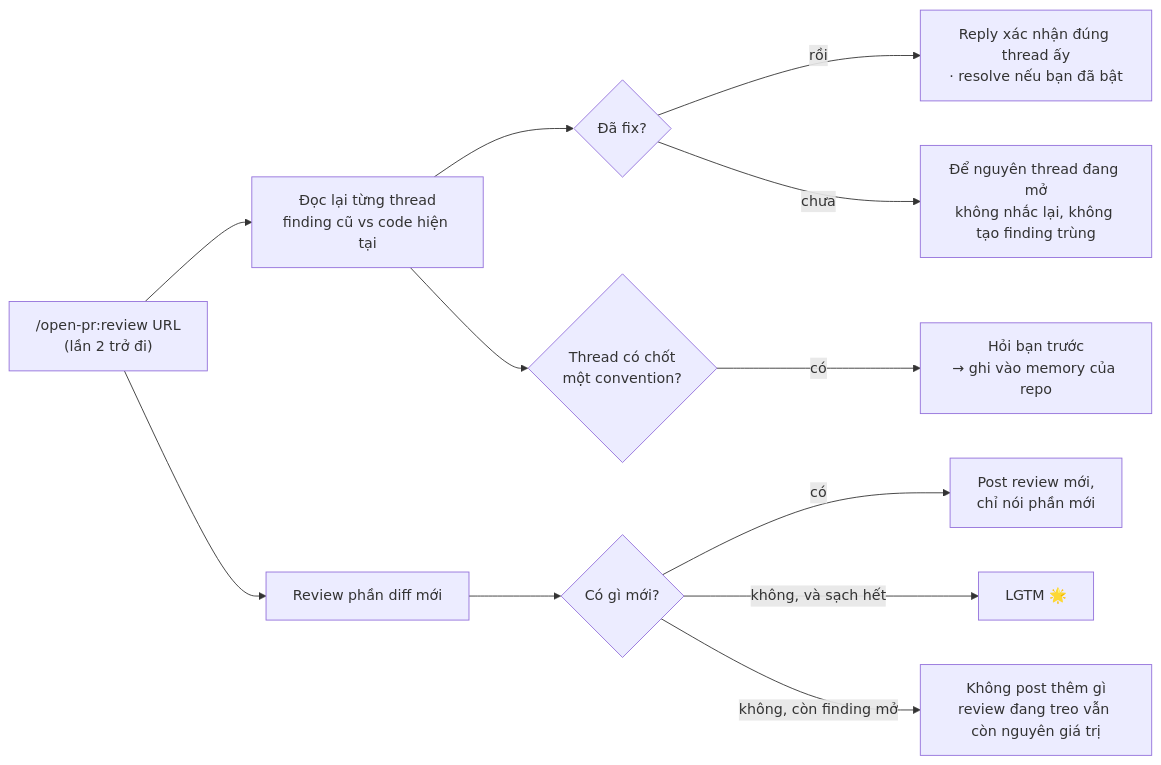
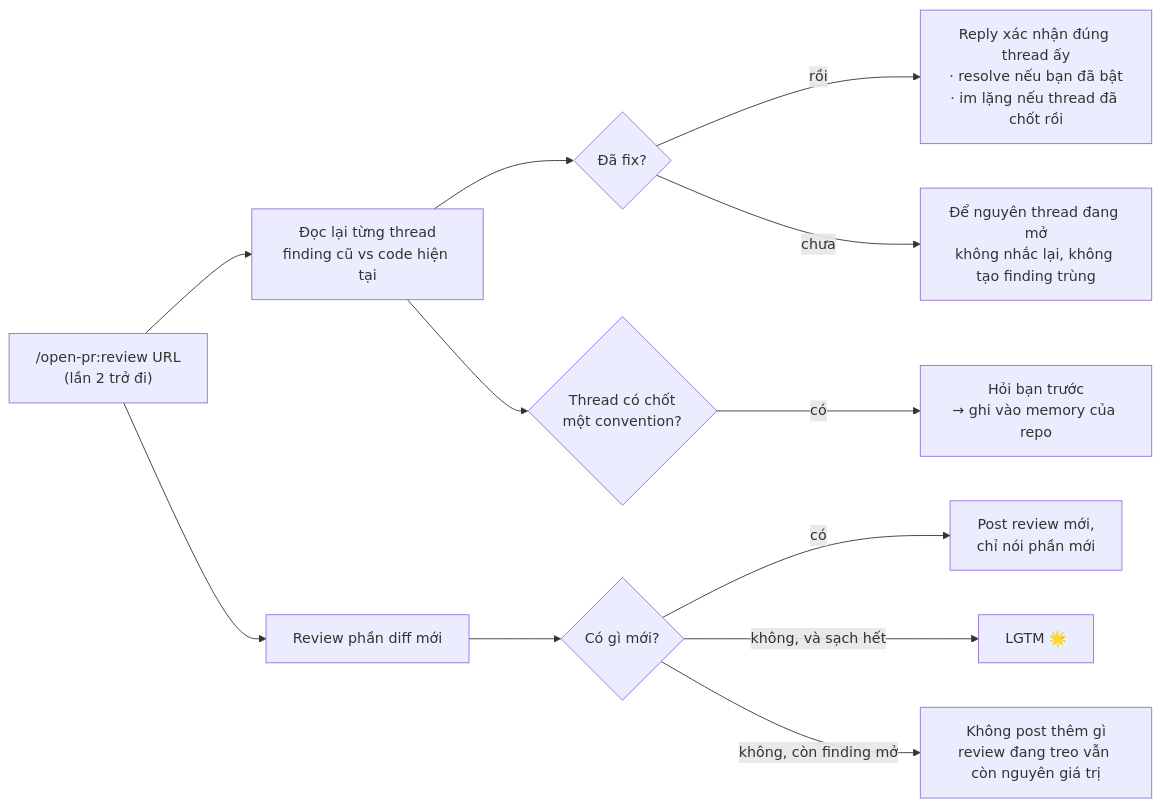
One commit to TOMOSIA-VIETNAM/open-pr changed the first of 2 diagrams in docs/vi-VN/how-it-works.md. Above: the diagram before and after it, drawn with Mermaid. The commit also changed 3 other files, not shown here.

````diff
--- a/docs/vi-VN/how-it-works.md
+++ b/docs/vi-VN/how-it-works.md
@@ -13,14 +13,14 @@
 ```mermaid
 flowchart LR
   A["/open-pr:review URL<br/>(lần 2 trở đi)"] --> B[Đọc lại từng thread<br/>finding cũ vs code hiện tại]
   B --> C{Đã fix?}
-  C -- rồi --> D["Reply xác nhận đúng thread ấy<br/>· resolve nếu bạn đã bật"]
+  C -- rồi --> D["Reply xác nhận đúng thread ấy<br/>· resolve nếu bạn đã bật<br/>· im lặng nếu thread đã chốt rồi"]
   C -- chưa --> E["Để nguyên thread đang mở<br/>không nhắc lại, không tạo finding trùng"]
   B --> F{Thread có chốt<br/>một convention?}
   F -- có --> G["Hỏi bạn trước<br/>→ ghi vào memory của repo"]
   A --> H[Review phần diff mới]
   H --> I{Có gì mới?}
   I -- có --> J["Post review mới,<br/>chỉ nói phần mới"]
   I -- không, và sạch hết --> K[LGTM 🌟]
   I -- không, còn finding mở --> L["Không post thêm gì<br/>review đang treo vẫn còn nguyên giá trị"]
 ```
````
